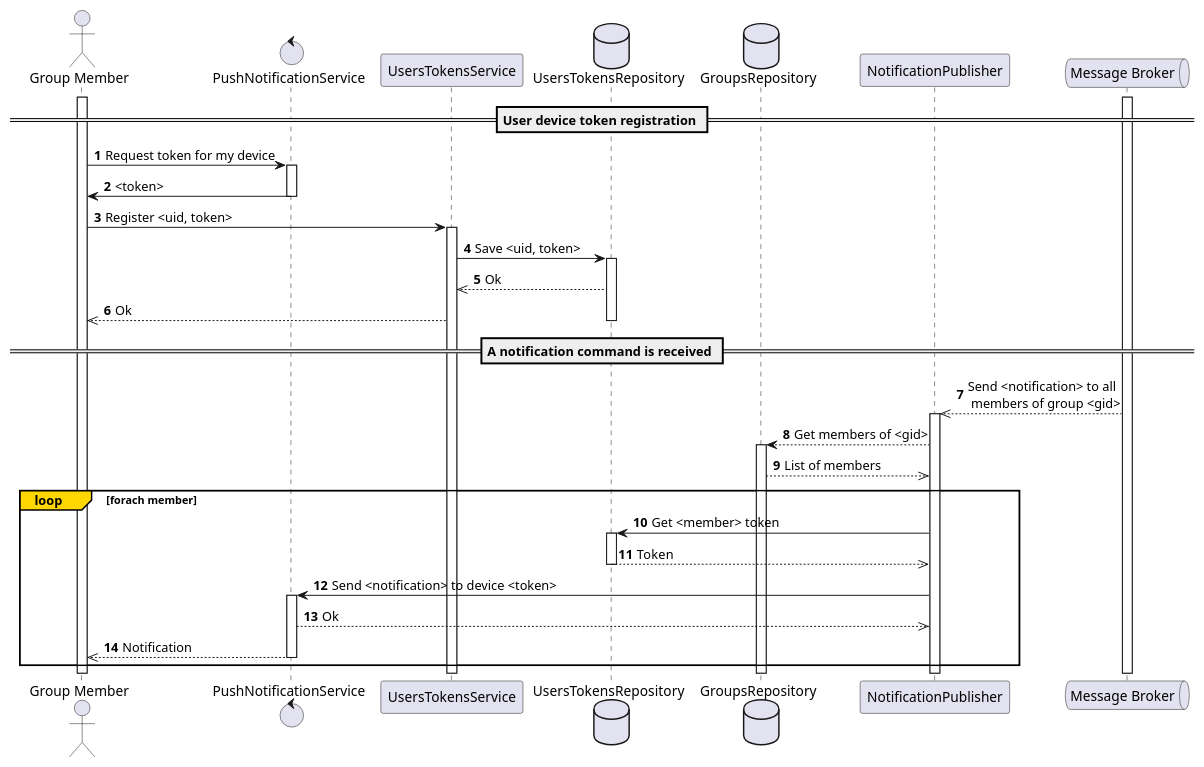
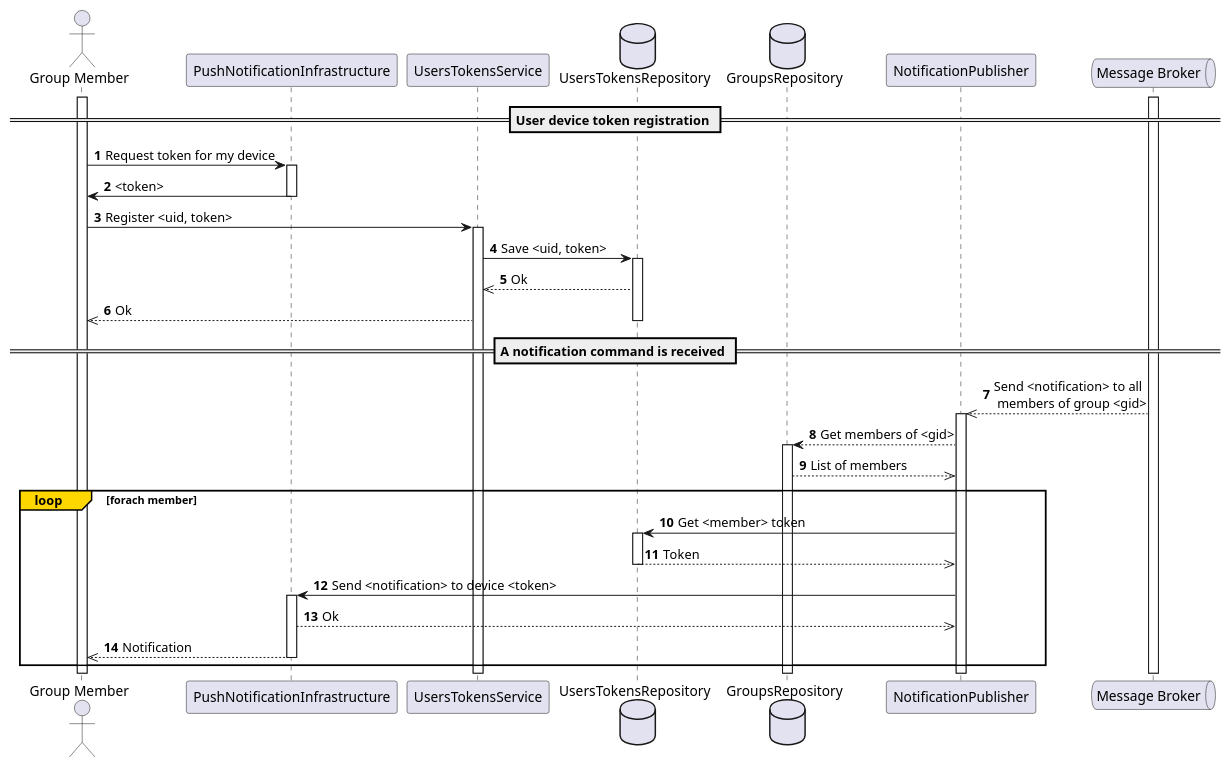
Before and after one commit to position-pal/Documentation: the second of 2 diagrams in content/docs/4-detailed-design/3-notification-service.md, drawn with PlantUML. The commit also changed other lines of this file and 3 other files, not shown here.

````diff
--- a/content/docs/4-detailed-design/3-notification-service.md
+++ b/content/docs/4-detailed-design/3-notification-service.md
@@ -106,51 +111,51 @@
 ```plantuml
 @startumll notification-service-interaction
 autonumber
 
 == User device token registration ==
 
 actor "Group Member" as User
-control PushNotificationService as PNS
+participant PushNotificationInfrastructure as PNS
 participant UsersTokensService as UTS
 database UsersTokensRepository as UTR
 database GroupsRepository as GR
 participant NotificationPublisher as NP
 queue "Message Broker" as Broker
 
 activate User
 activate Broker
 
 User -> PNS: Request token for my device
 activate PNS
 PNS -> User: <token>
 deactivate PNS
 User -> UTS: Register <uid, token>
 activate UTS
 UTS -> UTR: Save <uid, token>
 activate UTR
 UTS <<-- UTR: Ok
 User <<-- UTS: Ok
 deactivate UTR
 
 == A notification command is received ==
 
 Broker -->> NP: Send <notification> to all \n members of group <gid>
 activate NP
 NP --> GR: Get members of <gid>
 activate GR
 GR -->> NP: List of members
 
 loop#gold forach member
     NP -> UTR: Get <member> token
     activate UTR
     UTR -->> NP: Token
     deactivate UTR
     NP -> PNS: Send <notification> to device <token>
     activate PNS
     PNS -->> NP: Ok
     PNS -->> User: Notification
     deactivate PNS
 end
 
 @enduml
 ```
````
